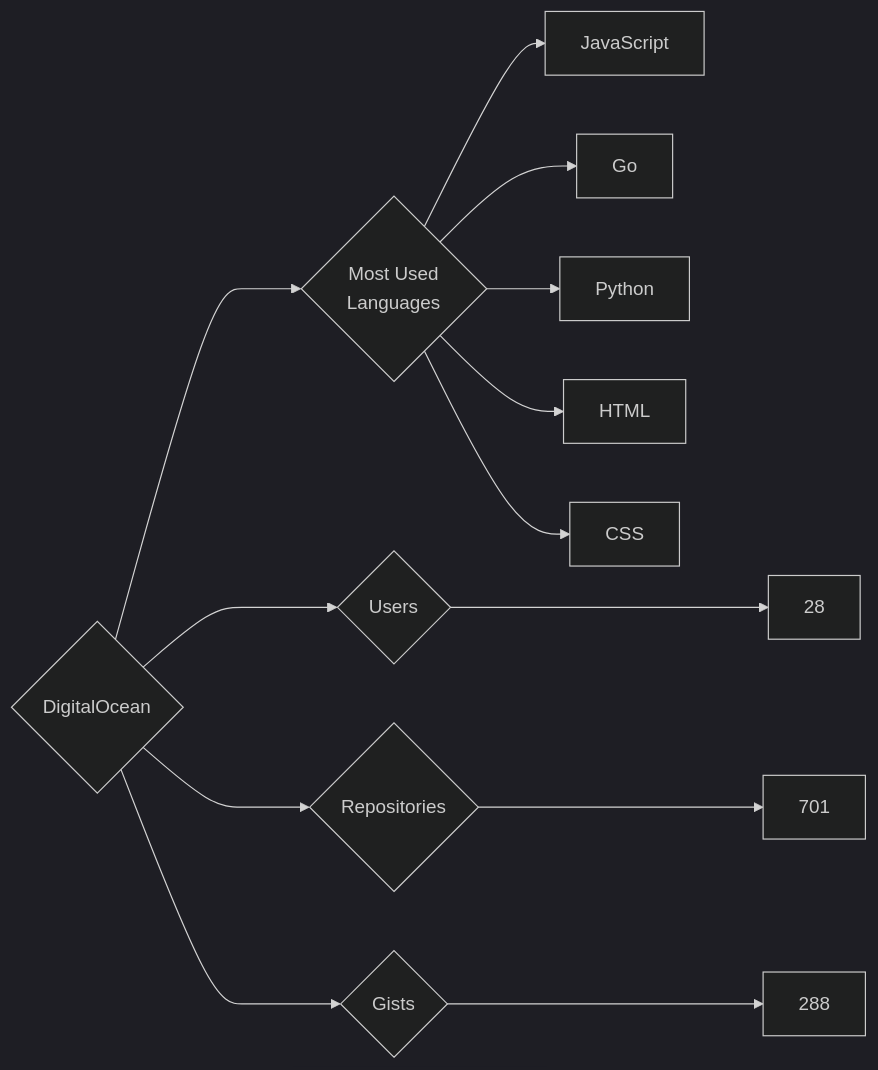
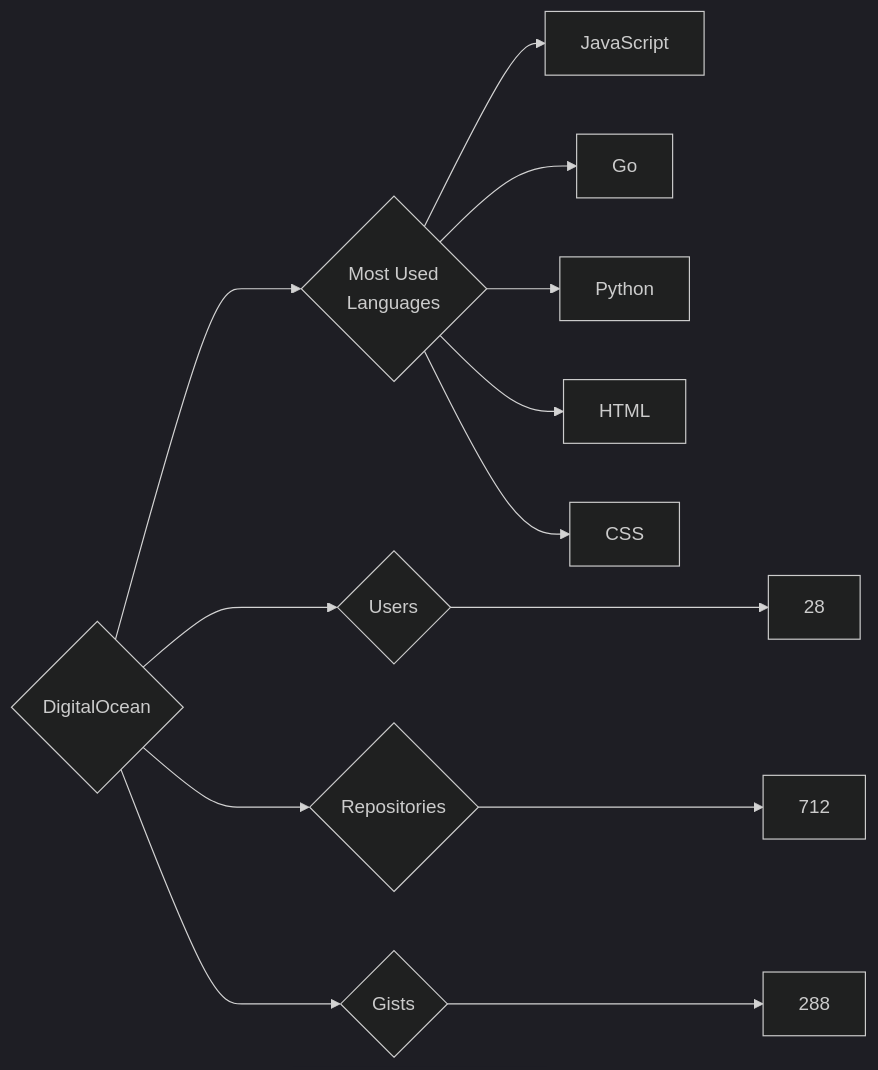
The diagram in targets/DigitalOcean/README.md (trickest/insiders), drawn with Mermaid (dark theme) before and after one commit. The commit also changed 1195 other files, not shown here.

````diff
--- a/targets/DigitalOcean/README.md
+++ b/targets/DigitalOcean/README.md
@@ -3,13 +3,13 @@
 ```mermaid
 graph LR
 COMPANY_NAME{DigitalOcean}
 COMPANY_NAME ---> U{Users} ---> UN[28]
-COMPANY_NAME ---> R{Repositories} ---> RN[701]
+COMPANY_NAME ---> R{Repositories} ---> RN[712]
 COMPANY_NAME ---> G{Gists} ---> GN[288]
 COMPANY_NAME ---> ML{Most Used<br>Languages}
 ML --> JavaScript[JavaScript]
 ML --> Go[Go]
 ML --> Python[Python]
 ML --> HTML[HTML]
 ML --> CSS[CSS]
 ```
````
